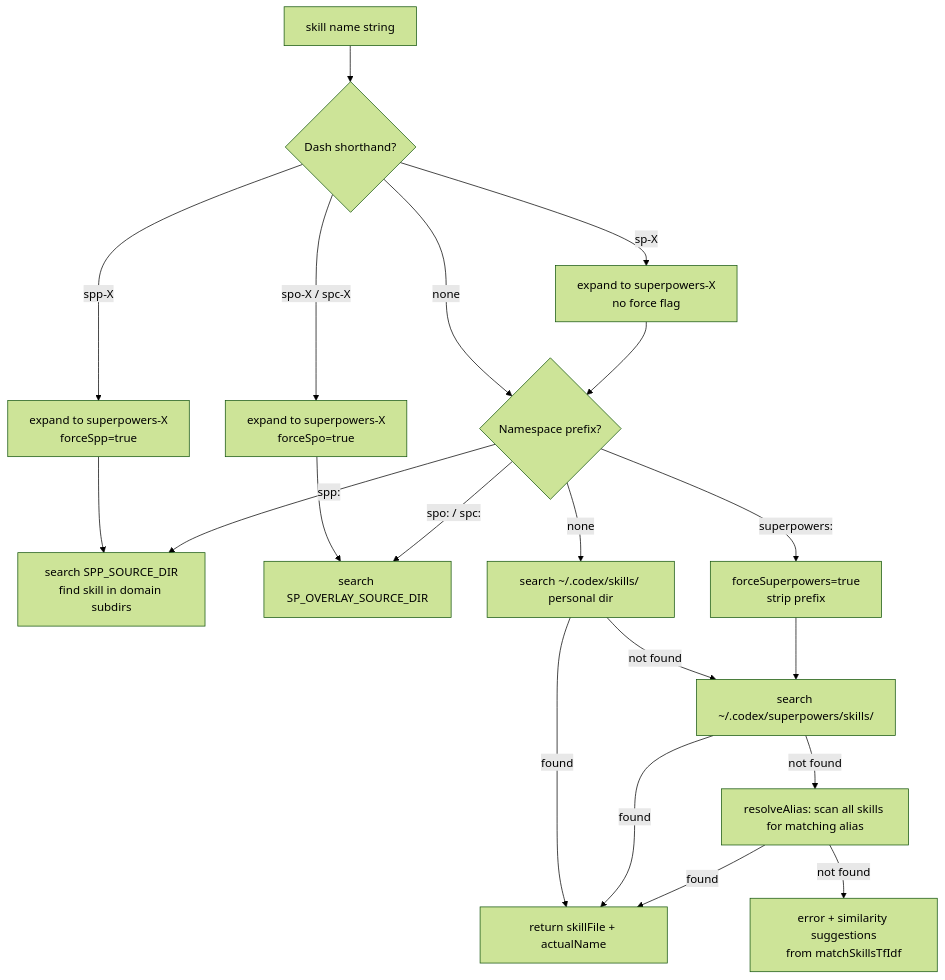
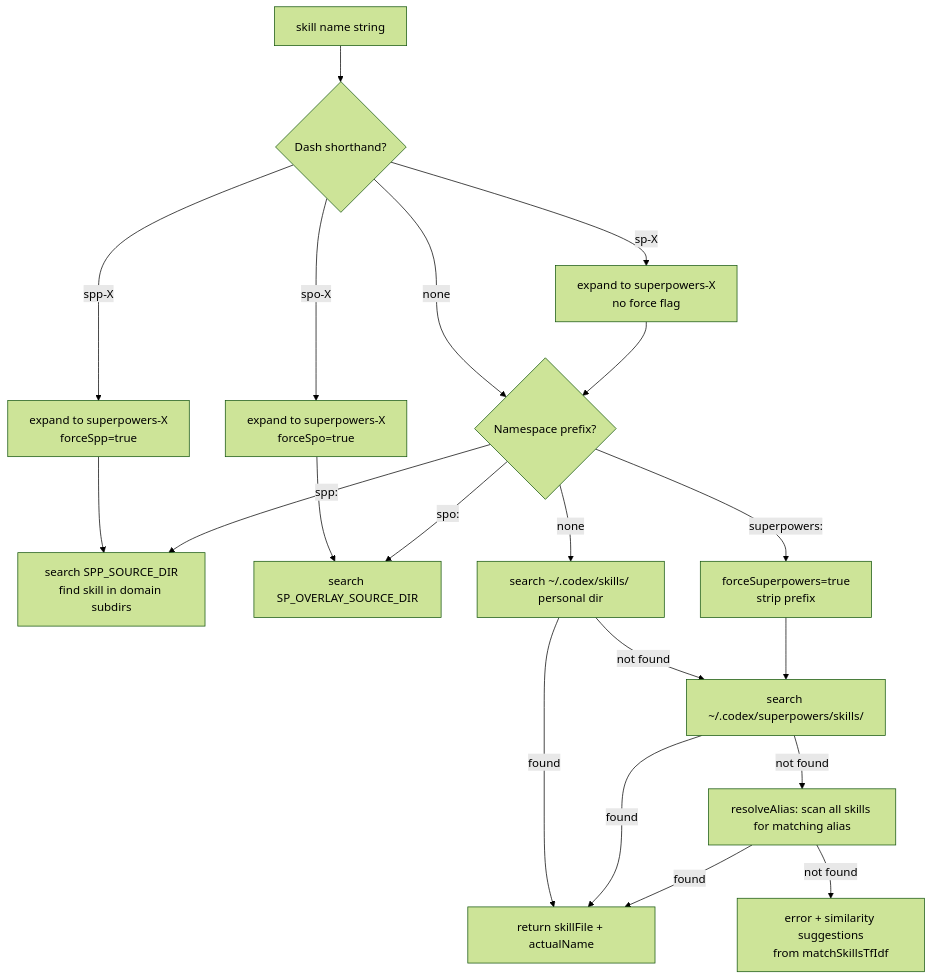
One commit to bordenet/superpowers-plus changed the ninth of 9 diagrams in docs/DESIGN.md. Above: the diagram before and after it, drawn with Mermaid (forest theme). The commit also changed other lines of this file and 17 other files, not shown here.

````diff
--- a/docs/DESIGN.md
+++ b/docs/DESIGN.md
@@ -499,35 +499,35 @@
 ```mermaid
 flowchart TD
     IN[skill name string]
 
     IN --> DASH{Dash shorthand?}
     DASH -->|sp-X| EXP1[expand to superpowers-X<br/>no force flag]
     DASH -->|spp-X| EXP2[expand to superpowers-X<br/>forceSpp=true]
-    DASH -->|spo-X / spc-X| EXP3[expand to superpowers-X<br/>forceSpo=true]
+    DASH -->|spo-X| EXP3[expand to superpowers-X<br/>forceSpo=true]
     DASH -->|none| PREFIX
 
     EXP1 --> PREFIX
     EXP2 --> FORCE_SPP
     EXP3 --> FORCE_SPO
 
     PREFIX{Namespace prefix?}
     PREFIX -->|superpowers:| FORCE_SPO2[forceSuperpowers=true<br/>strip prefix]
     PREFIX -->|spp:| FORCE_SPP[search SPP_SOURCE_DIR<br/>find skill in domain subdirs]
-    PREFIX -->|spo: / spc:| FORCE_SPO[search SP_OVERLAY_SOURCE_DIR]
+    PREFIX -->|spo:| FORCE_SPO[search SP_OVERLAY_SOURCE_DIR]
     PREFIX -->|none| PERSONAL
 
     PERSONAL[search ~/.codex/skills/ personal dir]
     PERSONAL -->|found| DONE
     PERSONAL -->|not found| SUPERPOWERS_DIR
 
     SUPERPOWERS_DIR[search ~/.codex/superpowers/skills/]
     SUPERPOWERS_DIR -->|found| DONE
     SUPERPOWERS_DIR -->|not found| ALIAS
 
     ALIAS[resolveAlias: scan all skills for matching alias]
     ALIAS -->|found| DONE
     ALIAS -->|not found| ERROR[error + similarity suggestions<br/>from matchSkillsTfIdf]
 
     FORCE_SPO2 --> SUPERPOWERS_DIR
     DONE[return skillFile + actualName]
 ```
````
